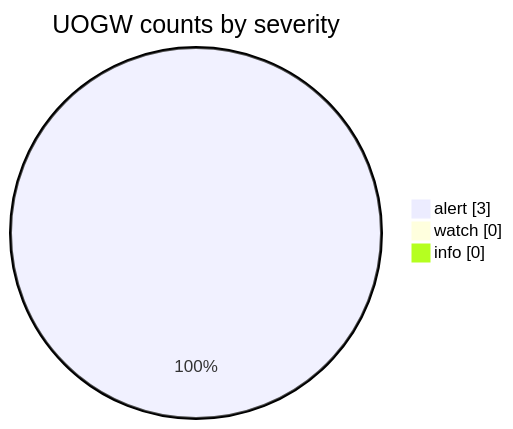
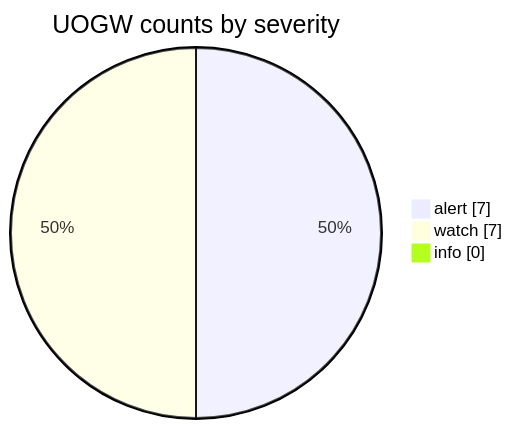
One commit to Midwest-Stratospheric/aerostratospheric-defense-gir changed the fourth of 6 diagrams in docs/GRAPHS.md. Above: the diagram before and after it, drawn with Mermaid. The commit also changed other lines of this file and 22 other files, not shown here.

````diff
--- a/docs/GRAPHS.md
+++ b/docs/GRAPHS.md
@@ -66,7 +66,7 @@
 ```mermaid
 pie showData
   title UOGW counts by severity
-  "alert" : 3
-  "watch" : 0
+  "alert" : 7
+  "watch" : 7
   "info" : 0
 ```
````
